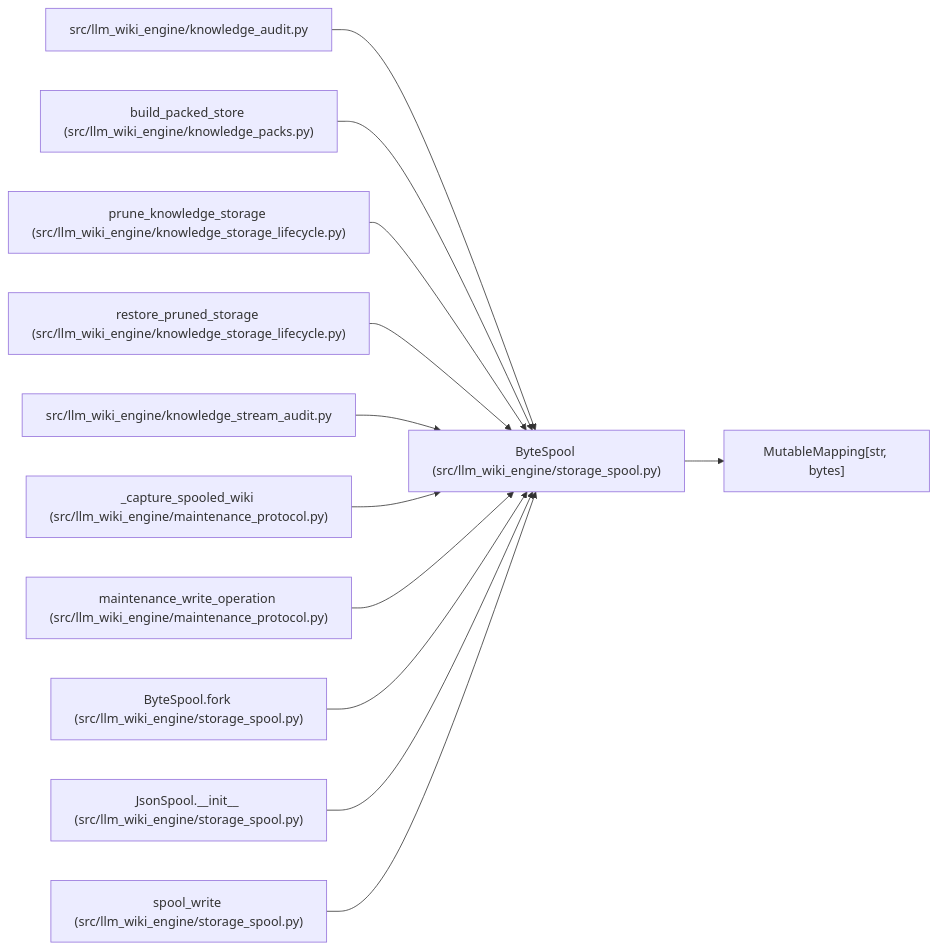
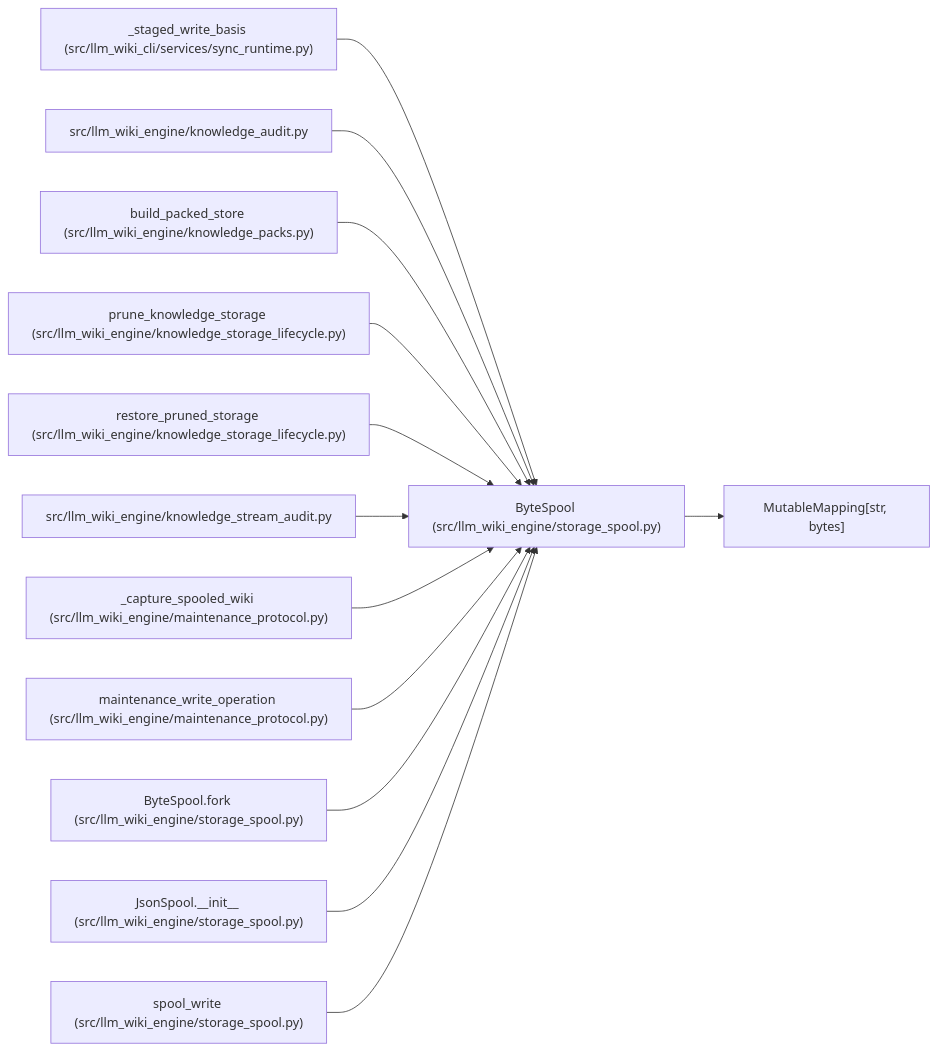
Before and after one commit to Denissvgn/python-wiki-llm: the diagram in docs/llm_wiki/entities/ByteSpool.md, drawn with Mermaid. The commit also changed other lines of this file and 522 other files, not shown here.

````diff
--- a/docs/llm_wiki/entities/ByteSpool.md
+++ b/docs/llm_wiki/entities/ByteSpool.md
@@ -36,37 +36,40 @@
 ```mermaid
 flowchart LR
     n0["ByteSpool (src/llm_wiki_engine/storage_spool.py)"]
     n1["MutableMapping[str, bytes]"]
-    n2["src/llm_wiki_engine/knowledge_audit.py"]
-    n3["build_packed_store (src/llm_wiki_engine/knowledge_packs.py)"]
-    n4["prune_knowledge_storage (src/llm_wiki_engine/knowledge_storage_lifecycle.py)"]
-    n5["restore_pruned_storage (src/llm_wiki_engine/knowledge_storage_lifecycle.py)"]
-    n6["src/llm_wiki_engine/knowledge_stream_audit.py"]
-    n7["_capture_spooled_wiki (src/llm_wiki_engine/maintenance_protocol.py)"]
-    n8["maintenance_write_operation (src/llm_wiki_engine/maintenance_protocol.py)"]
-    n9["ByteSpool.fork (src/llm_wiki_engine/storage_spool.py)"]
-    n10["JsonSpool.__init__ (src/llm_wiki_engine/storage_spool.py)"]
-    n11["spool_write (src/llm_wiki_engine/storage_spool.py)"]
+    n2["_staged_write_basis (src/llm_wiki_cli/services/sync_runtime.py)"]
+    n3["src/llm_wiki_engine/knowledge_audit.py"]
+    n4["build_packed_store (src/llm_wiki_engine/knowledge_packs.py)"]
+    n5["prune_knowledge_storage (src/llm_wiki_engine/knowledge_storage_lifecycle.py)"]
+    n6["restore_pruned_storage (src/llm_wiki_engine/knowledge_storage_lifecycle.py)"]
+    n7["src/llm_wiki_engine/knowledge_stream_audit.py"]
+    n8["_capture_spooled_wiki (src/llm_wiki_engine/maintenance_protocol.py)"]
+    n9["maintenance_write_operation (src/llm_wiki_engine/maintenance_protocol.py)"]
+    n10["ByteSpool.fork (src/llm_wiki_engine/storage_spool.py)"]
+    n11["JsonSpool.__init__ (src/llm_wiki_engine/storage_spool.py)"]
+    n12["spool_write (src/llm_wiki_engine/storage_spool.py)"]
     n0 --> n1
     n2 --> n0
     n3 --> n0
     n4 --> n0
     n5 --> n0
     n6 --> n0
     n7 --> n0
     n8 --> n0
     n9 --> n0
     n10 --> n0
     n11 --> n0
+    n12 --> n0
     click n0 "../modules/storage_spool.md"
-    click n2 "../modules/knowledge_audit.md"
-    click n3 "../modules/knowledge_packs.md"
-    click n4 "../modules/knowledge_storage_lifecycle.md"
+    click n2 "../modules/sync_runtime.md"
+    click n3 "../modules/knowledge_audit.md"
+    click n4 "../modules/knowledge_packs.md"
     click n5 "../modules/knowledge_storage_lifecycle.md"
-    click n6 "../modules/knowledge_stream_audit.md"
-    click n7 "../modules/maintenance_protocol.md"
+    click n6 "../modules/knowledge_storage_lifecycle.md"
+    click n7 "../modules/knowledge_stream_audit.md"
     click n8 "../modules/maintenance_protocol.md"
-    click n9 "../modules/storage_spool.md"
+    click n9 "../modules/maintenance_protocol.md"
     click n10 "../modules/storage_spool.md"
     click n11 "../modules/storage_spool.md"
+    click n12 "../modules/storage_spool.md"
 ```
````
